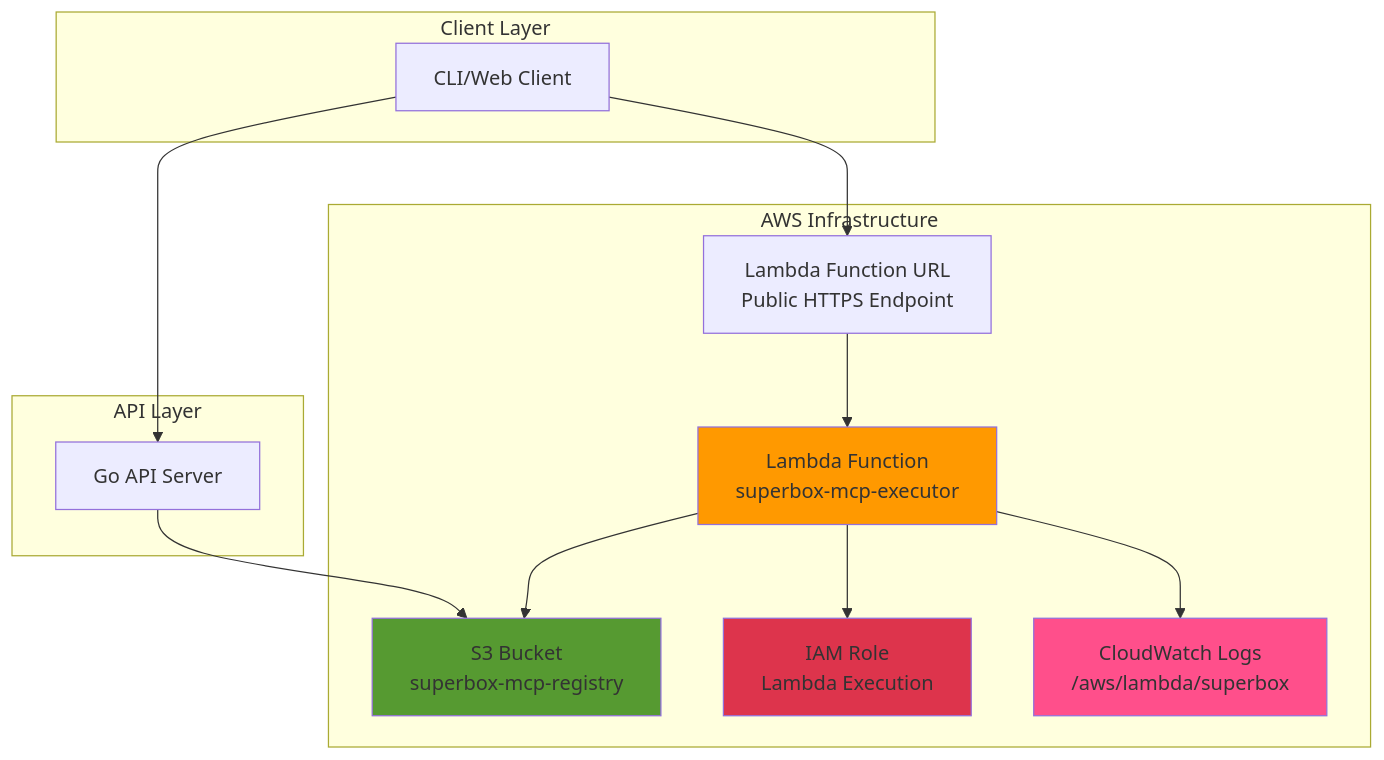
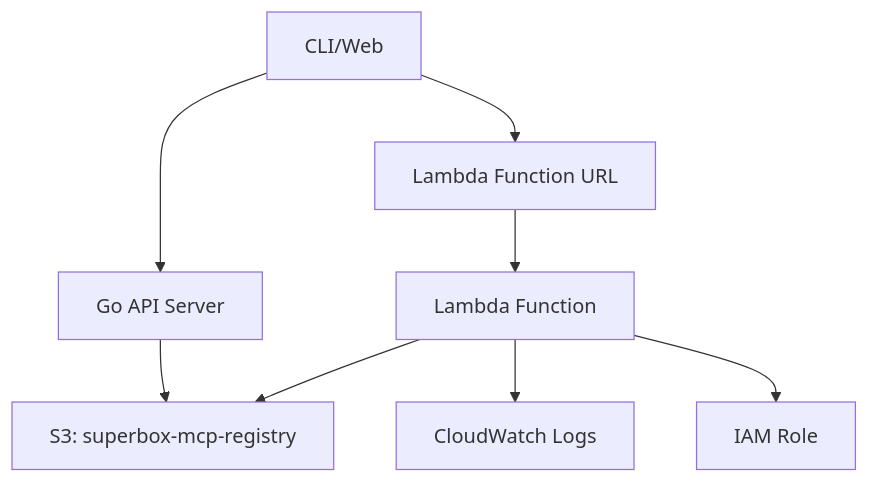
One commit to areebahmeddd/SuperBox-FE changed the diagram in docs/infrastructure/overview.mdx. Above: the diagram before and after it, drawn with Mermaid. The commit also changed other lines of this file and 54 other files, not shown here.

````diff
--- a/docs/infrastructure/overview.mdx
+++ b/docs/infrastructure/overview.mdx
@@ -28,31 +28,11 @@
 ```mermaid
 graph TB
-    subgraph "Client Layer"
-        A[CLI/Web Client]
-    end
+    CLI[CLI/Web] --> API[Go API Server]
+    CLI --> LAMBDA_URL[Lambda Function URL]
 
-    subgraph "API Layer"
-        B[Go API Server]
-    end
-
-    subgraph "AWS Infrastructure"
-        C[S3 Bucket<br/>superbox-mcp-registry]
-        D[Lambda Function<br/>superbox-mcp-executor]
-        E[Lambda Function URL<br/>Public HTTPS Endpoint]
-        F[IAM Role<br/>Lambda Execution]
-        G[CloudWatch Logs<br/>/aws/lambda/superbox]
-    end
-
-    A --> B
-    B --> C
-    A --> E
-    E --> D
-    D --> F
-    D --> C
-    D --> G
-
-    style C fill:#569A31
-    style D fill:#FF9900
-    style F fill:#DD344C
-    style G fill:#FF4F8B
+    API --> S3[S3: superbox-mcp-registry]
+    LAMBDA_URL --> LAMBDA[Lambda Function]
+    LAMBDA --> S3
+    LAMBDA --> LOGS[CloudWatch Logs]
+    LAMBDA --> IAM[IAM Role]
 ```
````
